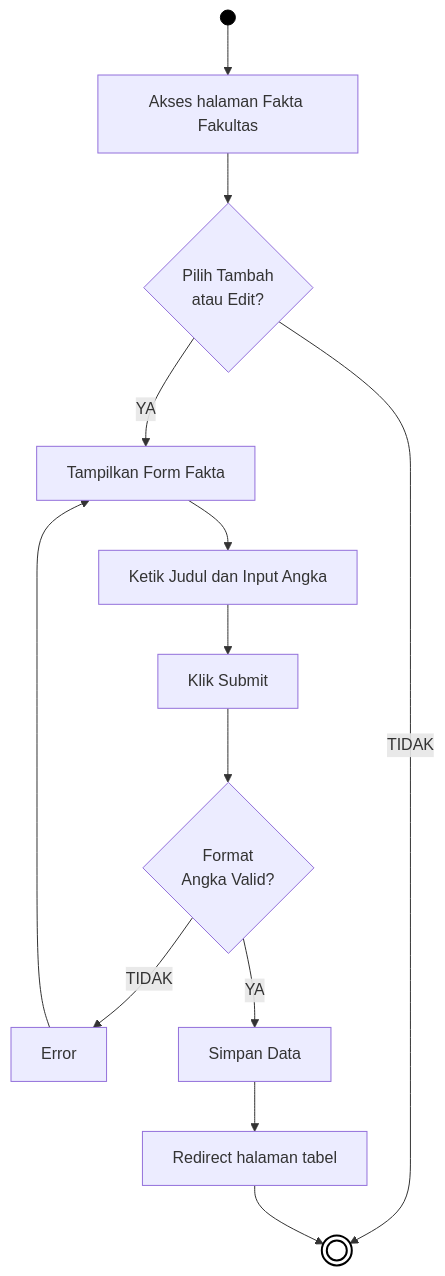
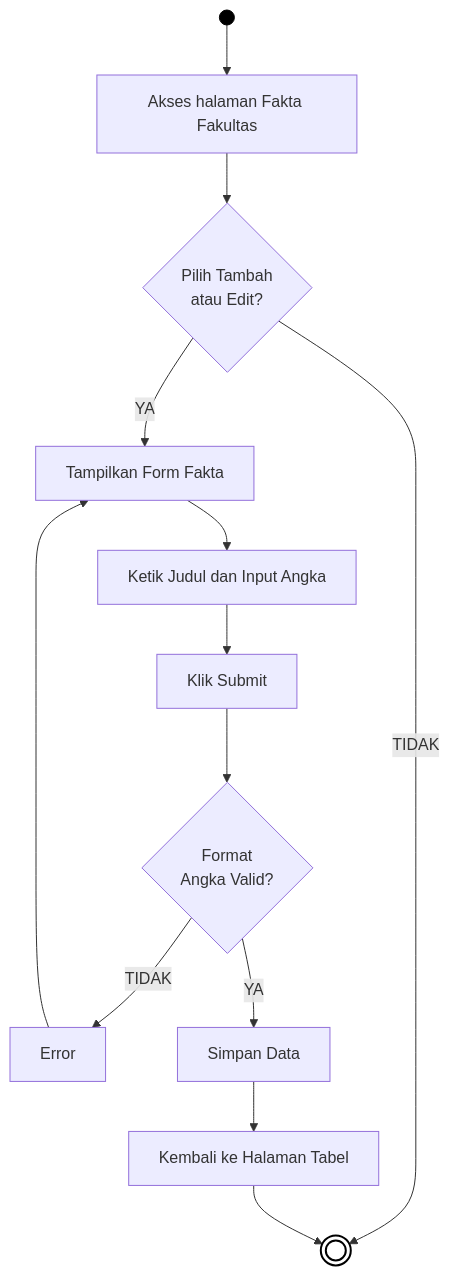
The fourth of 5 diagrams in docs/01_DIAGRAM_AKTIVITAS.md (arbain-dev/Web_fikom), drawn with Mermaid before and after one commit. The commit also changed other lines of this file, not shown here.

Commit message:
docs: mengubah kata teknis Redirect menjadi bahasa sederhana di 01_DIAGRAM_AKTIVITAS

````diff
--- a/docs/01_DIAGRAM_AKTIVITAS.md
+++ b/docs/01_DIAGRAM_AKTIVITAS.md
@@ -117,22 +117,22 @@
 ```mermaid
 flowchart TD
     Start(( )) --> A[Akses halaman Fakta Fakultas]
     
     A --> B{Pilih Tambah\natau Edit?}
     B -- TIDAK --> End((( )))
     
     B -- YA --> C[Tampilkan Form Fakta]
     C --> D[Ketik Judul dan Input Angka]
     D --> E[Klik Submit]
     
     E --> F{Format\nAngka Valid?}
     F -- TIDAK --> G[Error]
     G --> C
     
     F -- YA --> H[Simpan Data]
-    H --> I[Redirect halaman tabel]
+    H --> I[Kembali ke Halaman Tabel]
     I --> End
     
     style Start fill:#000,stroke:#000,color:#000
     style End fill:#fff,stroke:#000,stroke-width:2px
 ```
````
